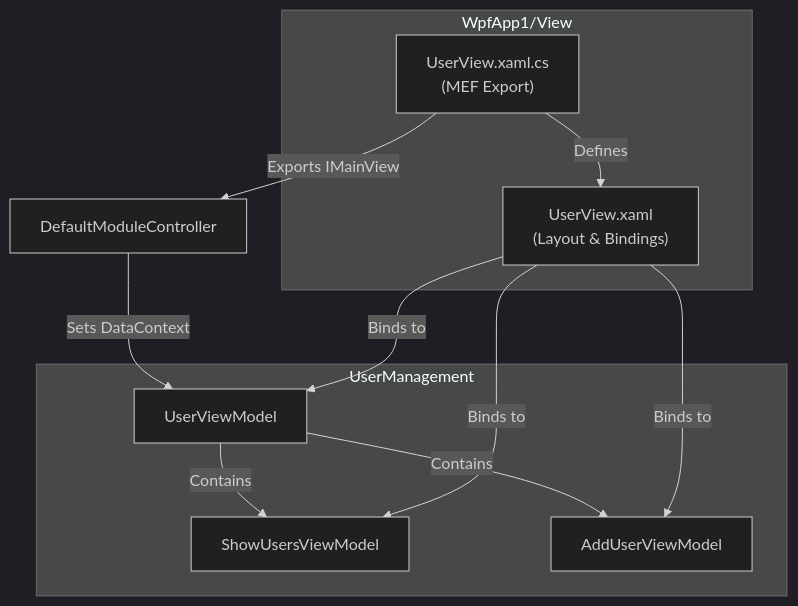
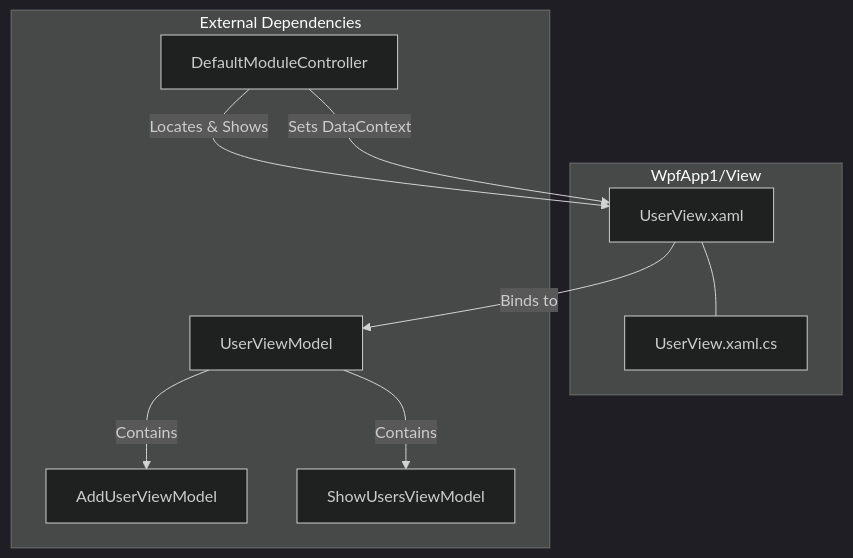
One commit to wetzlmaier-scch/mvvm changed the diagram in doc/WpfApp1/View.md. Above: the diagram before and after it, drawn with Mermaid (dark theme). The commit also changed other lines of this file and 111 other files, not shown here.

````diff
--- a/doc/WpfApp1/View.md
+++ b/doc/WpfApp1/View.md
@@ -18,22 +17,21 @@
 ```mermaid
 flowchart TD
     subgraph "WpfApp1/View"
-        UV_Xaml["UserView.xaml<br/>(Layout & Bindings)"]
-        UV_CS["UserView.xaml.cs<br/>(MEF Export)"]
+        UV[UserView.xaml]
+        UVC[UserView.xaml.cs]
+        UV --- UVC
     end
-    
-    subgraph "UserManagement"
-        UV_Model["UserViewModel"]
-        Show_VM["ShowUsersViewModel"]
-        Add_VM["AddUserViewModel"]
+
+    subgraph "External Dependencies"
+        Ctl[DefaultModuleController]
+        VM[UserViewModel]
+        AddVM[AddUserViewModel]
+        ShowVM[ShowUsersViewModel]
     end
-    
-    UV_CS -->|"Defines"| UV_Xaml
-    UV_CS -->|"Exports IMainView"| Controller["DefaultModuleController"]
-    Controller -->|"Sets DataContext"| UV_Model
-    UV_Xaml -->|"Binds to"| UV_Model
-    UV_Model -->|"Contains"| Show_VM
-    UV_Model -->|"Contains"| Add_VM
-    UV_Xaml -->|"Binds to"| Show_VM
-    UV_Xaml -->|"Binds to"| Add_VM
+
+    Ctl -->|Locates & Shows| UV
+    Ctl -->|Sets DataContext| UV
+    UV -->|Binds to| VM
+    VM -->|Contains| AddVM
+    VM -->|Contains| ShowVM
 ```
````
